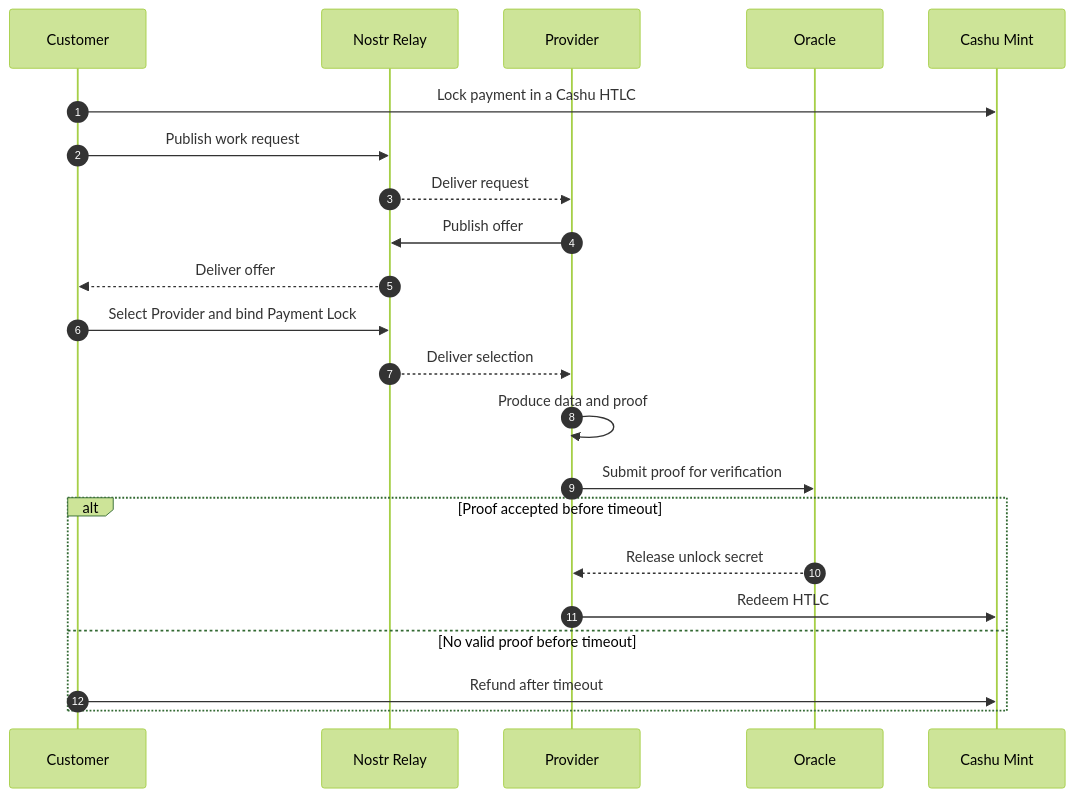
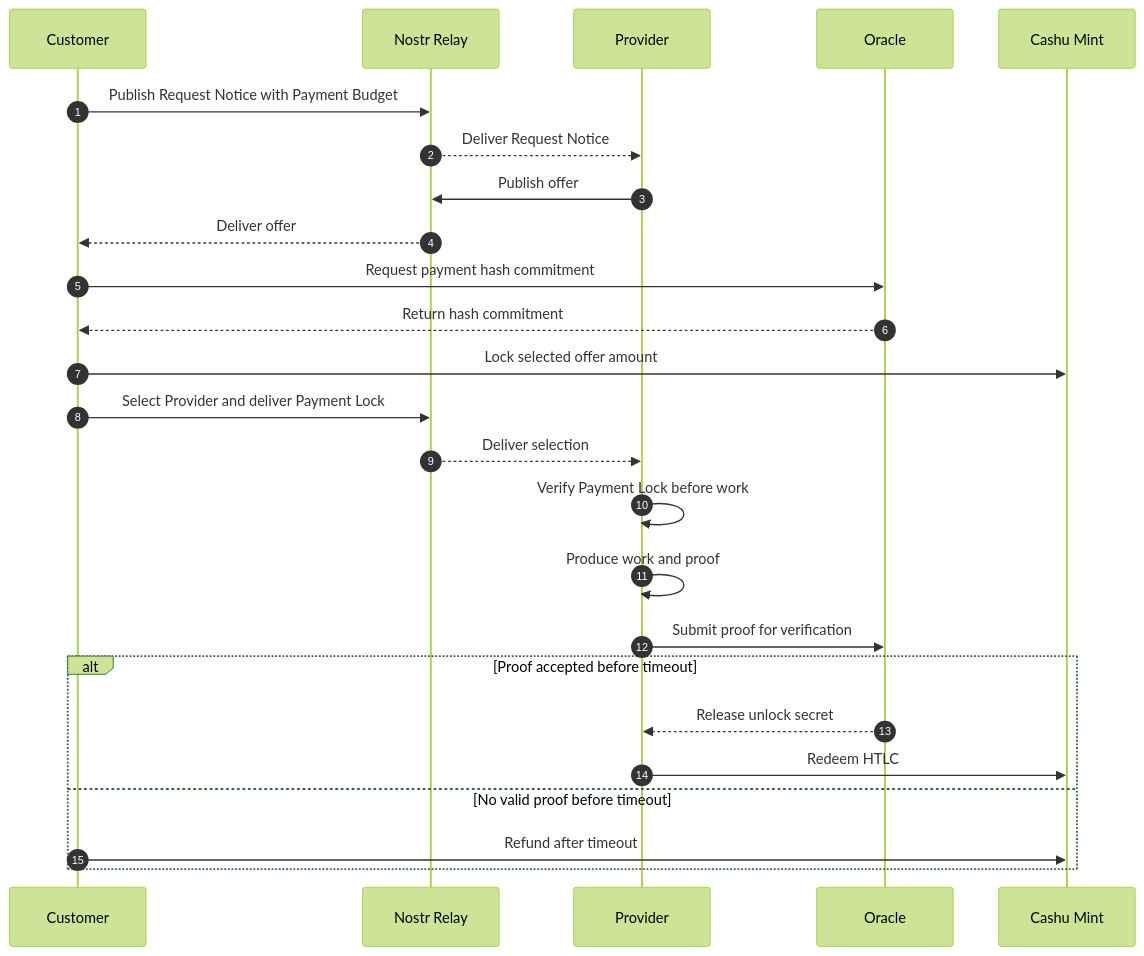
Before and after one commit to motxx/anchr: the diagram in README.md, drawn with Mermaid (forest theme). The commit also changed other lines of this file and 3 other files, not shown here.

Commit message:
Align README payment lock wording

````diff
--- a/README.md
+++ b/README.md
@@ -29,26 +29,29 @@
 ```mermaid
 sequenceDiagram
     autonumber
     participant Customer
     participant Relay as Nostr Relay
     participant Provider
     participant Oracle
     participant Mint as Cashu Mint
 
-    Customer->>Mint: Lock payment in a Cashu HTLC
-    Customer->>Relay: Publish work request
-    Relay-->>Provider: Deliver request
+    Customer->>Relay: Publish Request Notice with Payment Budget
+    Relay-->>Provider: Deliver Request Notice
     Provider->>Relay: Publish offer
     Relay-->>Customer: Deliver offer
-    Customer->>Relay: Select Provider and bind Payment Lock
+    Customer->>Oracle: Request payment hash commitment
+    Oracle-->>Customer: Return hash commitment
+    Customer->>Mint: Lock selected offer amount
+    Customer->>Relay: Select Provider and deliver Payment Lock
     Relay-->>Provider: Deliver selection
-    Provider->>Provider: Produce data and proof
+    Provider->>Provider: Verify Payment Lock before work
+    Provider->>Provider: Produce work and proof
     Provider->>Oracle: Submit proof for verification
 
     alt Proof accepted before timeout
         Oracle-->>Provider: Release unlock secret
         Provider->>Mint: Redeem HTLC
     else No valid proof before timeout
         Customer->>Mint: Refund after timeout
     end
 ```
````
